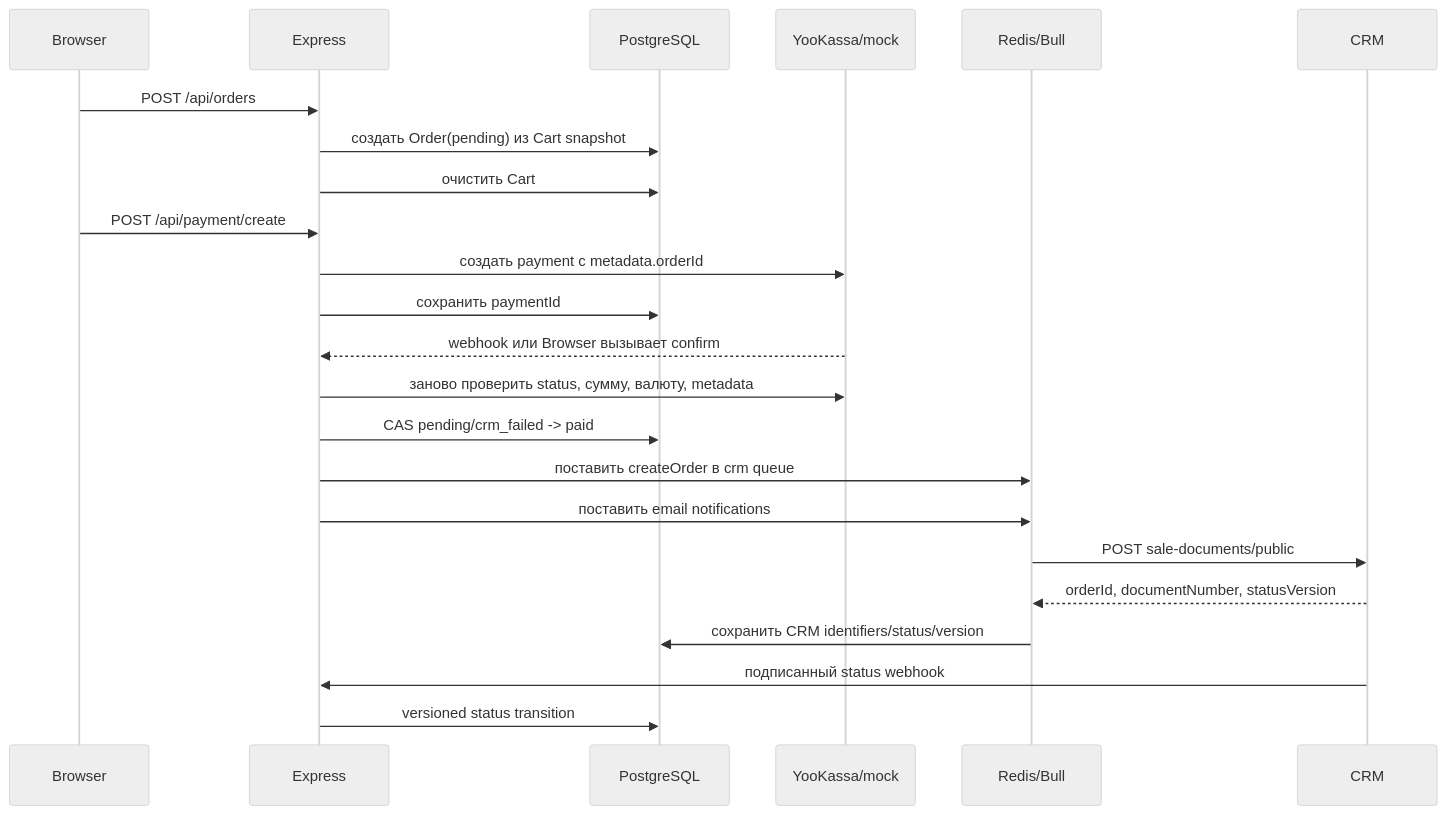
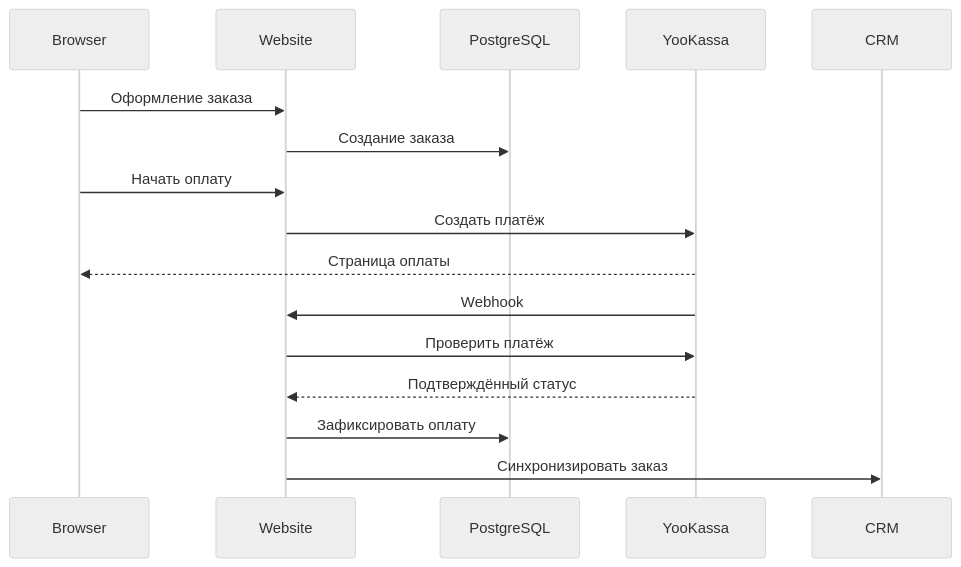
Before and after one commit to Mikhail1708/swapservice38-website: the fourth of 6 diagrams in ARCHITECTURE.md, drawn with Mermaid (neutral theme). The commit also changed other lines of this file, not shown here.

````diff
--- a/ARCHITECTURE.md
+++ b/ARCHITECTURE.md
@@ -230,26 +453,19 @@
 ```mermaid
 sequenceDiagram
     participant U as Browser
-    participant API as Express
+    participant API as Website
     participant DB as PostgreSQL
-    participant Pay as YooKassa/mock
-    participant R as Redis/Bull
+    participant Y as YooKassa
     participant CRM as CRM
 
-    U->>API: POST /api/orders
-    API->>DB: создать Order(pending) из Cart snapshot
-    API->>DB: очистить Cart
-    U->>API: POST /api/payment/create
-    API->>Pay: создать payment с metadata.orderId
-    API->>DB: сохранить paymentId
-    Pay-->>API: webhook или Browser вызывает confirm
-    API->>Pay: заново проверить status, сумму, валюту, metadata
-    API->>DB: CAS pending/crm_failed -> paid
-    API->>R: поставить createOrder в crm queue
-    API->>R: поставить email notifications
-    R->>CRM: POST sale-documents/public
-    CRM-->>R: orderId, documentNumber, statusVersion
-    R->>DB: сохранить CRM identifiers/status/version
-    CRM->>API: подписанный status webhook
-    API->>DB: versioned status transition
+    U->>API: Оформление заказа
+    API->>DB: Создание заказа
+    U->>API: Начать оплату
+    API->>Y: Создать платёж
+    Y-->>U: Страница оплаты
+    Y->>API: Webhook
+    API->>Y: Проверить платёж
+    Y-->>API: Подтверждённый статус
+    API->>DB: Зафиксировать оплату
+    API->>CRM: Синхронизировать заказ
 ```
````
